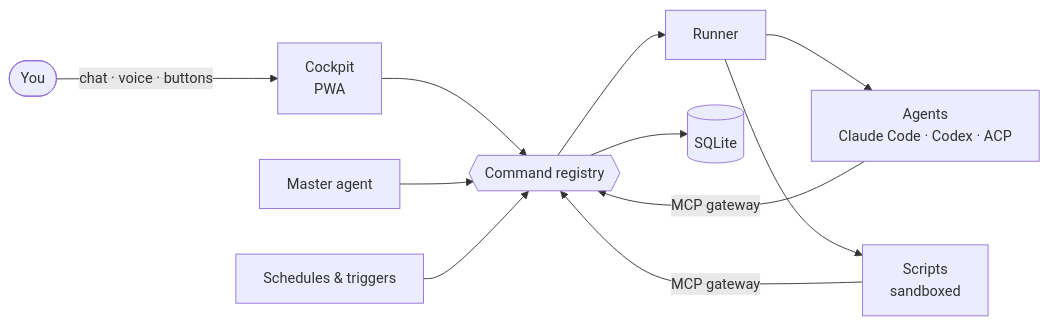
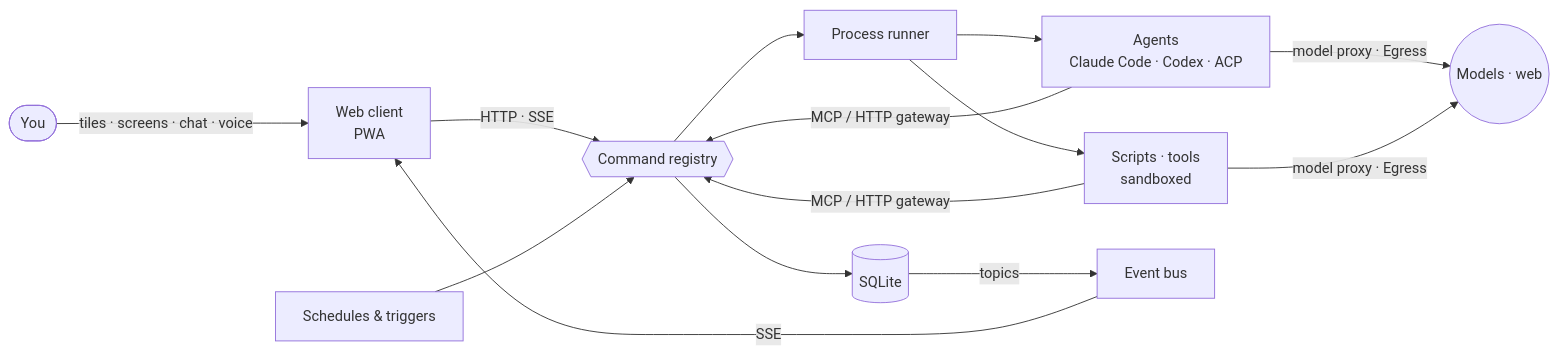
One commit to teaarte/deck changed the diagram in docs/architecture.md. Above: the diagram before and after it, drawn with Mermaid. The commit also changed other lines of this file and 12 other files, not shown here.

Commit message:
docs: README and architecture as deck is today, fresh screenshots

````diff
--- a/docs/architecture.md
+++ b/docs/architecture.md
@@ -11,12 +12,13 @@
 ```mermaid
 flowchart LR
-  you([You]) -- chat · voice · buttons --> cockpit[Cockpit<br/>PWA]
-  cockpit --> registry{{Command registry}}
-  master[Master agent] --> registry
+  you([You]) -- tiles · screens · chat · voice --> web[Web client<br/>PWA]
+  web -- HTTP · SSE --> registry{{Command registry}}
   triggers[Schedules & triggers] --> registry
-  registry --> runner[Runner]
+  registry --> runner[Process runner]
   runner --> agents[Agents<br/>Claude Code · Codex · ACP]
-  runner --> scripts[Scripts<br/>sandboxed]
-  agents & scripts -- MCP gateway --> registry
-  registry --> db[(SQLite)]
+  runner --> scripts[Scripts · tools<br/>sandboxed]
+  agents & scripts -- MCP / HTTP gateway --> registry
+  agents & scripts -- model proxy · Egress --> net((Models · web))
+  registry --> store[(SQLite)]
+  store -- topics --> bus[Event bus] -- SSE --> web
 ```
````
